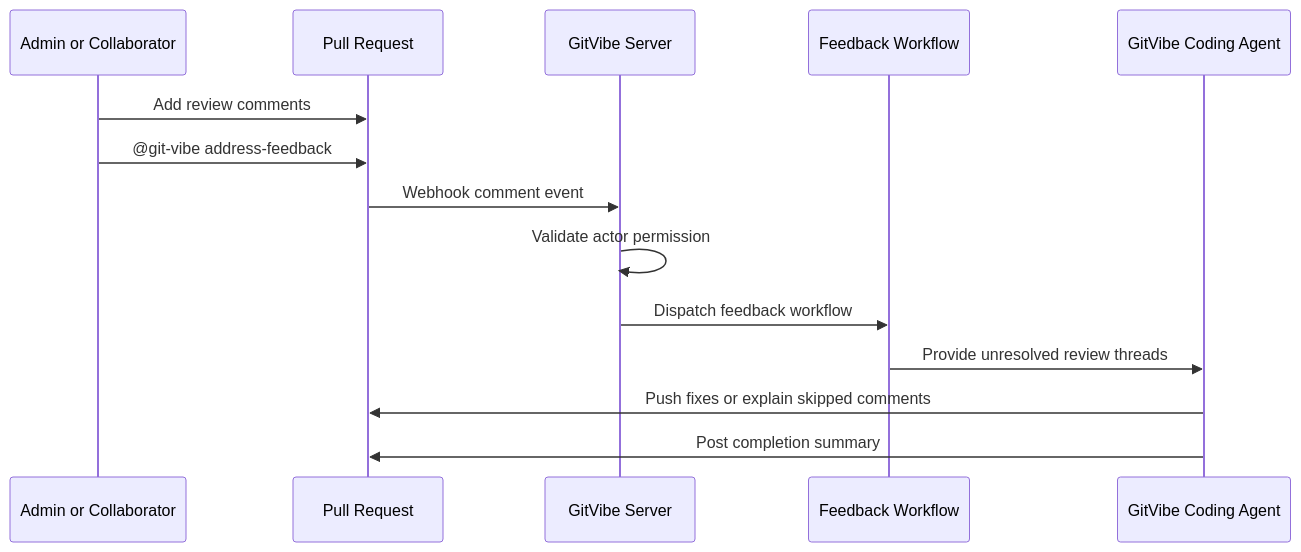
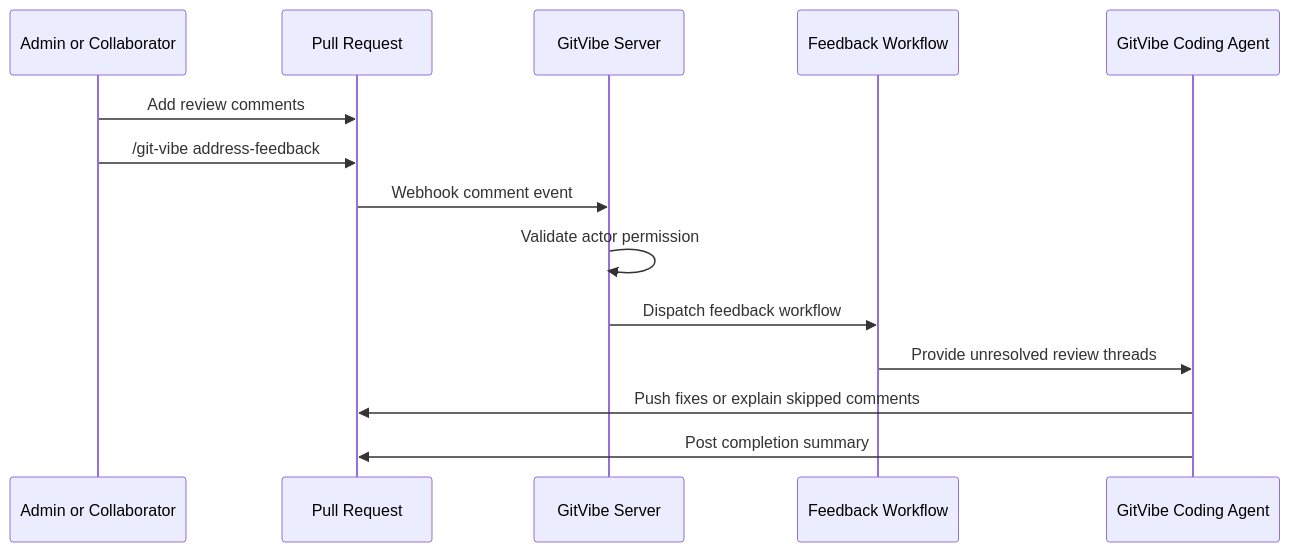
One commit to markhuangai/git-vibe changed the fifth of 5 diagrams in docs/WORKFLOW.md. Above: the diagram before and after it, drawn with Mermaid. The commit also changed other lines of this file and 16 other files, not shown here.

````diff
--- a/docs/WORKFLOW.md
+++ b/docs/WORKFLOW.md
@@ -227,17 +227,17 @@
 ```mermaid
 sequenceDiagram
   participant M as Admin or Collaborator
   participant PR as Pull Request
   participant App as GitVibe Server
   participant WF as Feedback Workflow
   participant Agent as GitVibe Coding Agent
 
   M->>PR: Add review comments
-  M->>PR: @git-vibe address-feedback
+  M->>PR: /git-vibe address-feedback
   PR->>App: Webhook comment event
   App->>App: Validate actor permission
   App->>WF: Dispatch feedback workflow
   WF->>Agent: Provide unresolved review threads
   Agent->>PR: Push fixes or explain skipped comments
   Agent->>PR: Post completion summary
 ```
````
